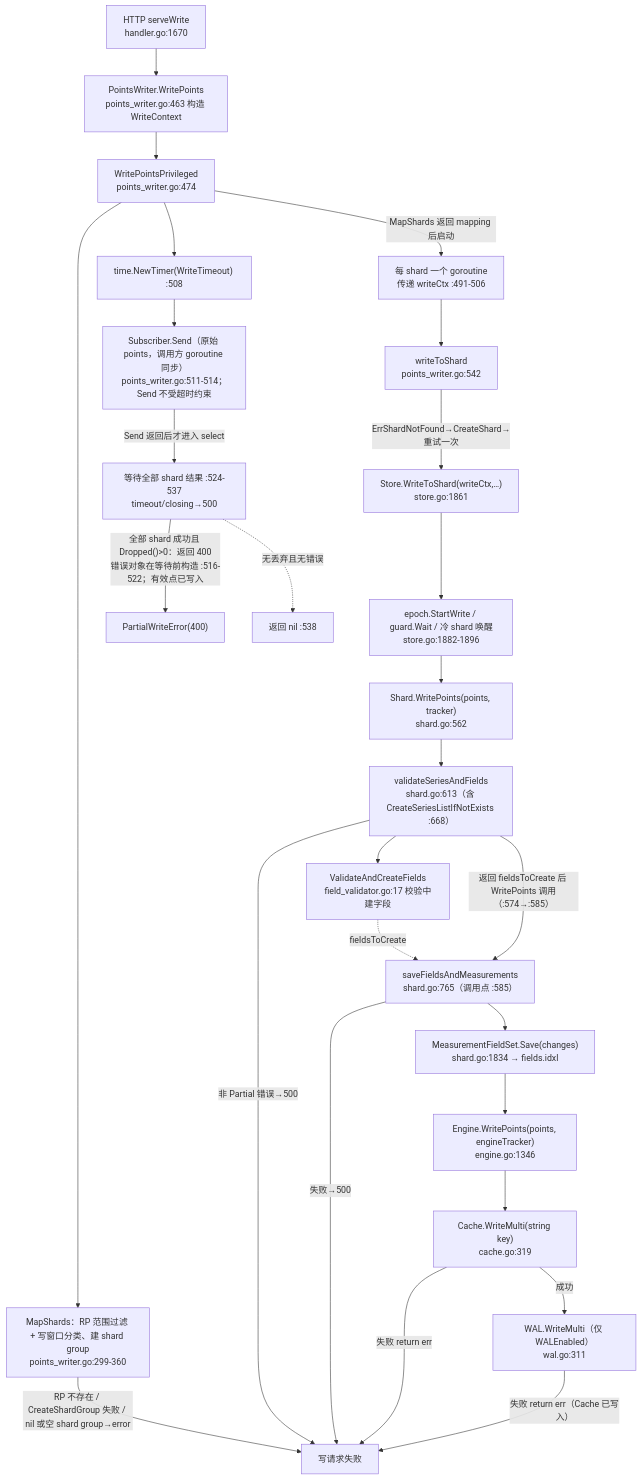
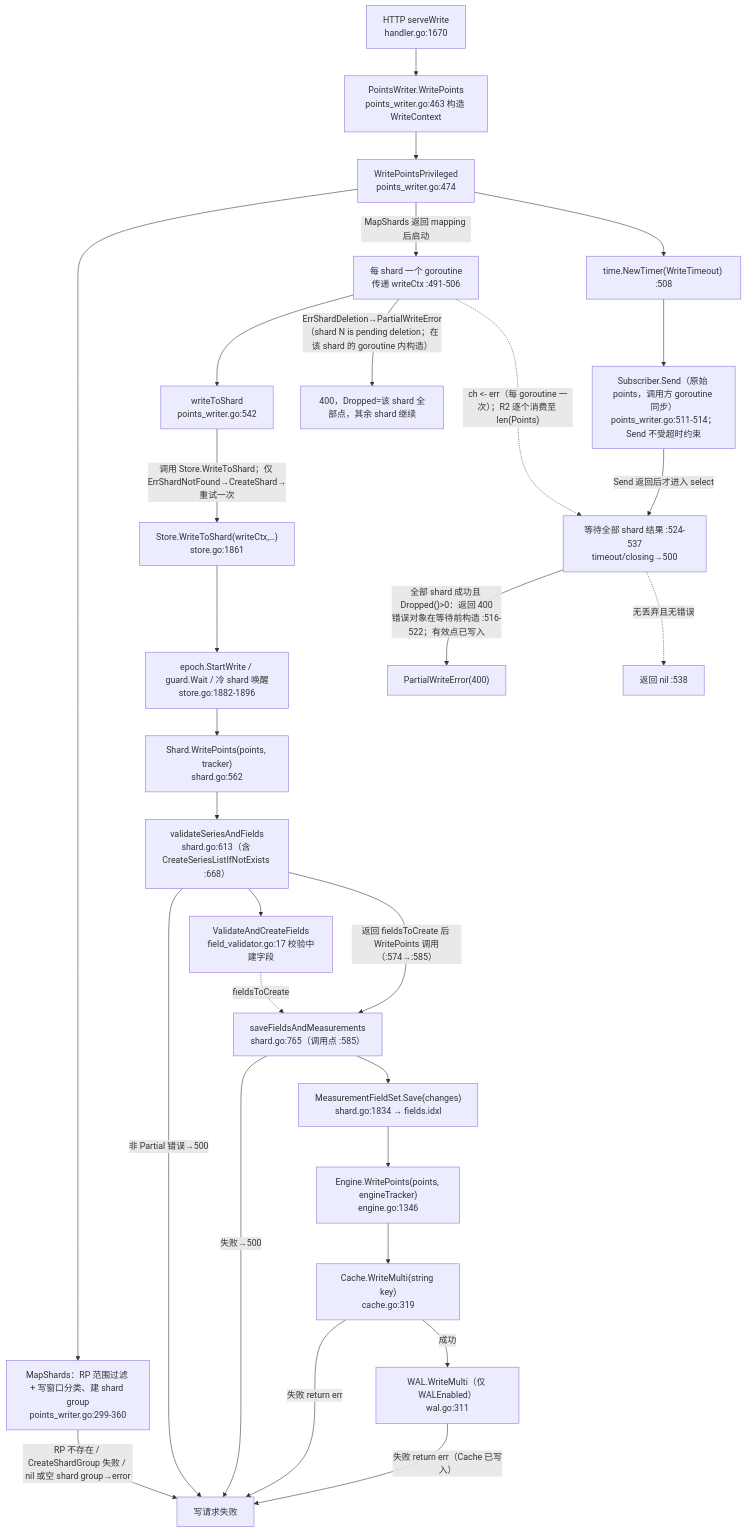
One commit to stefanv5/influxdb changed the second of 6 diagrams in docs/specs/v1.8.10-vs-v1.12.3/01_write_path_diff.md. Above: the diagram before and after it, drawn with Mermaid. The commit also changed other lines of this file and 16 other files, not shown here.

````diff
--- a/docs/specs/v1.8.10-vs-v1.12.3/01_write_path_diff.md
+++ b/docs/specs/v1.8.10-vs-v1.12.3/01_write_path_diff.md
@@ -95,29 +96,31 @@
 ```mermaid
 flowchart TD
     H2["HTTP serveWrite<br/>handler.go:1670"] --> P2["PointsWriter.WritePoints<br/>points_writer.go:463 构造 WriteContext"]
     P2 --> PP2["WritePointsPrivileged<br/>points_writer.go:474"]
     PP2 --> M2["MapShards：RP 范围过滤 + 写窗口分类、建 shard group<br/>points_writer.go:299-360"]
     M2 -->|"RP 不存在 / CreateShardGroup 失败 / nil 或空 shard group→error"| EX2["写请求失败"]
     PP2 -->|"MapShards 返回 mapping 后启动"| G2["每 shard 一个 goroutine<br/>传递 writeCtx :491-506"]
     G2 --> W2["writeToShard<br/>points_writer.go:542"]
-    W2 -->|"ErrShardNotFound→CreateShard→重试一次"| S2["Store.WriteToShard(writeCtx,…)<br/>store.go:1861"]
+    W2 -->|"调用 Store.WriteToShard；仅 ErrShardNotFound→CreateShard→重试一次"| S2["Store.WriteToShard(writeCtx,…)<br/>store.go:1861"]
+    G2 -->|"ErrShardDeletion→PartialWriteError（shard N is pending deletion；在该 shard 的 goroutine 内构造）"| PD2["400，Dropped=该 shard 全部点，其余 shard 继续"]
+    G2 -.->|"ch <- err（每 goroutine 一次）；R2 逐个消费至 len(Points)"| R2
     S2 --> E2["epoch.StartWrite / guard.Wait / 冷 shard 唤醒<br/>store.go:1882-1896"]
     E2 --> SH2["Shard.WritePoints(points, tracker)<br/>shard.go:562"]
     SH2 --> V2["validateSeriesAndFields<br/>shard.go:613（含 CreateSeriesListIfNotExists :668）"]
     V2 -->|"非 Partial 错误→500"| EX2
     V2 --> VC2["ValidateAndCreateFields<br/>field_validator.go:17 校验中建字段"]
     VC2 -.->|"fieldsToCreate"| CF2["saveFieldsAndMeasurements<br/>shard.go:765（调用点 :585）"]
     V2 -->|"返回 fieldsToCreate 后 WritePoints 调用（:574→:585）"| CF2
     CF2 -->|"失败→500"| EX2
     CF2 --> CL2["MeasurementFieldSet.Save(changes)<br/>shard.go:1834 → fields.idxl"]
     CL2 --> EN2["Engine.WritePoints(points, engineTracker)<br/>engine.go:1346"]
     EN2 --> C2["Cache.WriteMulti(string key)<br/>cache.go:319"]
     C2 -->|"失败 return err"| EX2
     C2 -->|"成功"| L2["WAL.WriteMulti（仅 WALEnabled）<br/>wal.go:311"]
     L2 -->|"失败 return err（Cache 已写入）"| EX2
     PP2 --> TM2["time.NewTimer(WriteTimeout) :508"]
     TM2 --> SUB["Subscriber.Send（原始 points，调用方 goroutine 同步）<br/>points_writer.go:511-514；Send 不受超时约束"]
     SUB -->|"Send 返回后才进入 select"| R2["等待全部 shard 结果 :524-537<br/>timeout/closing→500"]
     R2 -->|"全部 shard 成功且 Dropped()>0：返回 400<br/>错误对象在等待前构造 :516-522；有效点已写入"| DP2["PartialWriteError(400)"]
     R2 -.->|"无丢弃且无错误"| OK2["返回 nil :538"]
 ```
````
